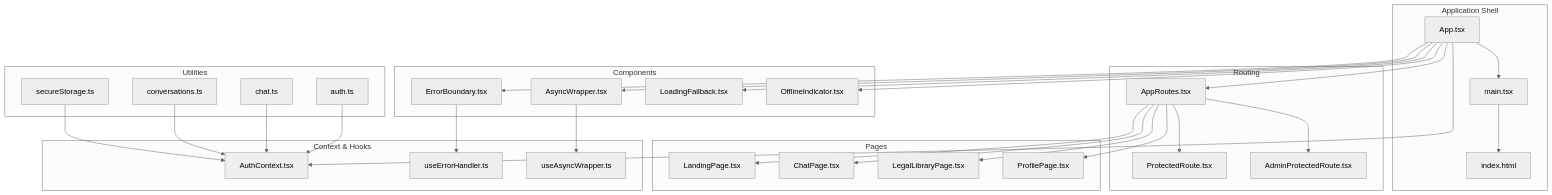
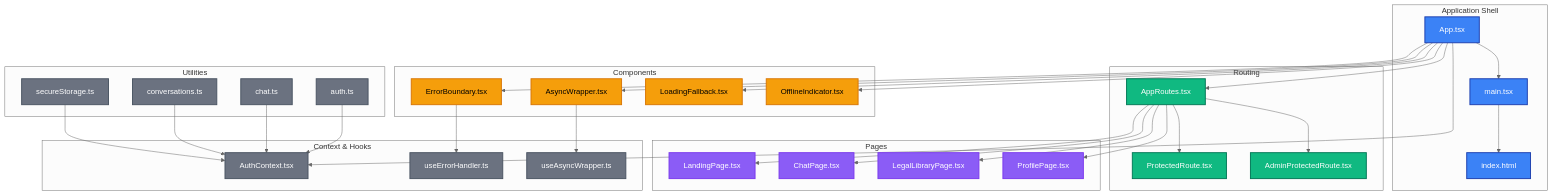
One commit to ZaddyAman/BharatLawAIChatBot changed the third of 16 diagrams in ARCHITECTURE2.md. Above: the diagram before and after it, drawn with Mermaid (neutral theme).

````diff
--- a/ARCHITECTURE2.md
+++ b/ARCHITECTURE2.md
@@ -147,67 +147,74 @@
 ```mermaid
 graph TD
+    classDef appShell fill:#3B82F6,stroke:#1E40AF,stroke-width:2px,color:#FFFFFF
+    classDef routing fill:#10B981,stroke:#047857,stroke-width:2px,color:#FFFFFF
+    classDef pages fill:#8B5CF6,stroke:#7C3AED,stroke-width:2px,color:#FFFFFF
+    classDef components fill:#F59E0B,stroke:#D97706,stroke-width:2px,color:#000000
+    classDef context fill:#6B7280,stroke:#4B5563,stroke-width:2px,color:#FFFFFF
+    classDef utilities fill:#6B7280,stroke:#4B5563,stroke-width:2px,color:#FFFFFF
+
     subgraph "Application Shell"
-        A[App.tsx]
-        B[main.tsx]
-        C[index.html]
+        A[App.tsx]:::appShell
+        B[main.tsx]:::appShell
+        C[index.html]:::appShell
     end
 
     subgraph "Routing"
-        D[AppRoutes.tsx]
-        E[ProtectedRoute.tsx]
-        F[AdminProtectedRoute.tsx]
+        D[AppRoutes.tsx]:::routing
+        E[ProtectedRoute.tsx]:::routing
+        F[AdminProtectedRoute.tsx]:::routing
     end
 
     subgraph "Pages"
-        G[LandingPage.tsx]
-        H[ChatPage.tsx]
-        I[LegalLibraryPage.tsx]
-        J[ProfilePage.tsx]
+        G[LandingPage.tsx]:::pages
+        H[ChatPage.tsx]:::pages
+        I[LegalLibraryPage.tsx]:::pages
+        J[ProfilePage.tsx]:::pages
     end
 
     subgraph "Components"
-        K[ErrorBoundary.tsx]
-        L[AsyncWrapper.tsx]
-        M[LoadingFallback.tsx]
-        N[OfflineIndicator.tsx]
+        K[ErrorBoundary.tsx]:::components
+        L[AsyncWrapper.tsx]:::components
+        M[LoadingFallback.tsx]:::components
+        N[OfflineIndicator.tsx]:::components
     end
 
     subgraph "Context & Hooks"
-        O[AuthContext.tsx]
-        P[useErrorHandler.ts]
-        Q[useAsyncWrapper.ts]
+        O[AuthContext.tsx]:::context
+        P[useErrorHandler.ts]:::context
+        Q[useAsyncWrapper.ts]:::context
     end
 
     subgraph "Utilities"
-        R[auth.ts]
-        S[chat.ts]
-        T[conversations.ts]
-        U[secureStorage.ts]
+        R[auth.ts]:::utilities
+        S[chat.ts]:::utilities
+        T[conversations.ts]:::utilities
+        U[secureStorage.ts]:::utilities
     end
 
     A --> B
     B --> C
 
     A --> D
     D --> E
     D --> F
 
     D --> G
     D --> H
     D --> I
     D --> J
 
     A --> K
     A --> L
     A --> M
     A --> N
 
     A --> O
     K --> P
     L --> Q
 
     R --> O
     S --> O
     T --> O
     U --> O
 ```
````
